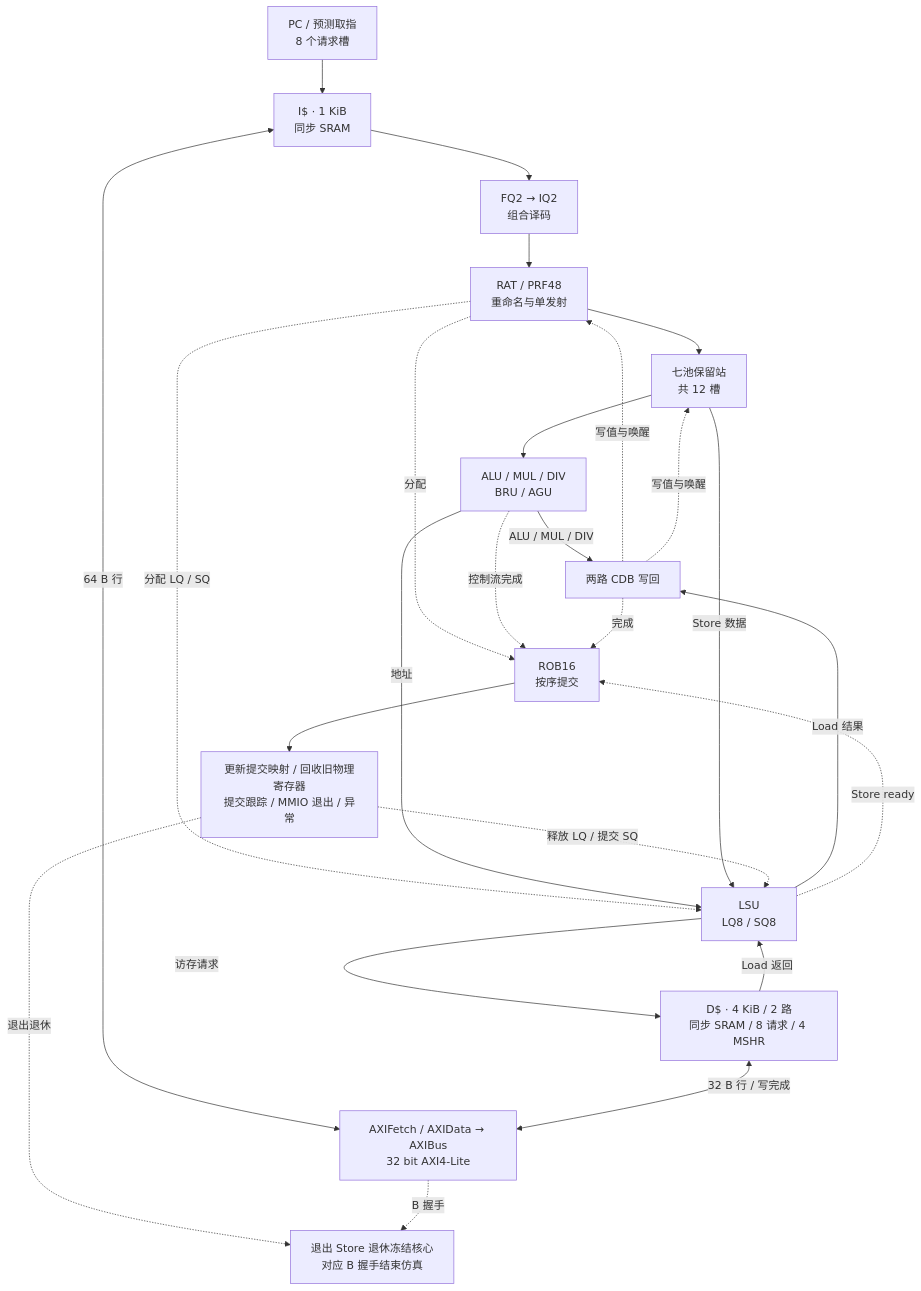
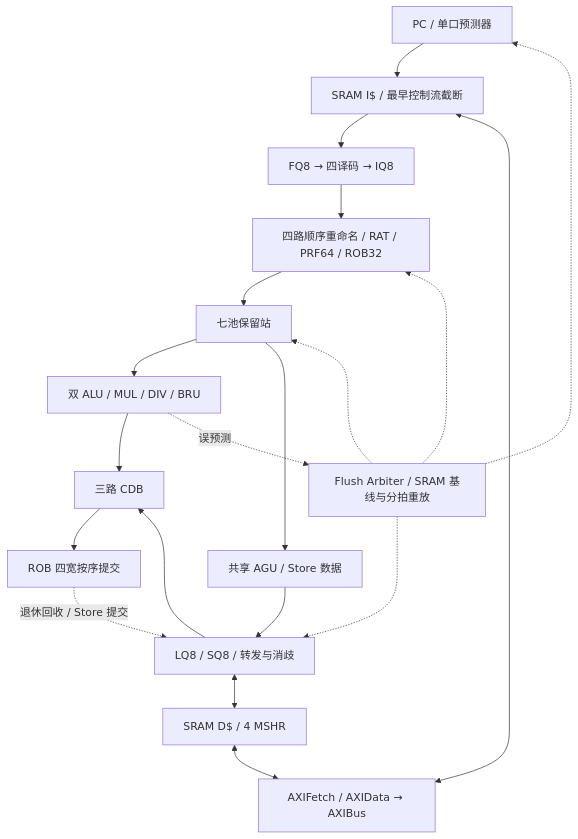
The diagram in README.md (CPU-2026/RISC-V-CPU-2026), drawn with Mermaid before and after one commit. The commit also changed other lines of this file and 104 other files, not shown here.

````diff
--- a/README.md
+++ b/README.md
@@ -30,35 +20,22 @@
 ```mermaid
 flowchart TB
-    FETCH["PC / 预测取指<br/>8 个请求槽"]
-    IC["I$ · 1 KiB<br/>同步 SRAM"]
-    FRONT["FQ2 → IQ2<br/>组合译码"]
-    ISSUE["RAT / PRF48<br/>重命名与单发射"]
-    RS["七池保留站<br/>共 12 槽"]
-    EXEC["ALU / MUL / DIV<br/>BRU / AGU"]
-    WB["两路 CDB 写回"]
-    ROB["ROB16<br/>按序提交"]
-    COMMIT["更新提交映射 / 回收旧物理寄存器<br/>提交跟踪 / MMIO 退出 / 异常"]
-    LSU["LSU<br/>LQ8 / SQ8"]
-    DC["D$ · 4 KiB / 2 路<br/>同步 SRAM / 8 请求 / 4 MSHR"]
-    MEM["AXIFetch / AXIData → AXIBus<br/>32 bit AXI4-Lite"]
-    DONE["退出 Store 退休冻结核心<br/>对应 B 握手结束仿真"]
-    FETCH --> IC --> FRONT --> ISSUE --> RS --> EXEC
-    ISSUE -.->|分配| ROB
-    ISSUE -.->|分配 LQ / SQ| LSU
-    EXEC -->|ALU / MUL / DIV| WB
-    EXEC -->|地址| LSU
-    RS -->|Store 数据| LSU
-    EXEC -.->|控制流完成| ROB
-    LSU -->|Load 结果| WB
-    WB -.->|完成| ROB
-    WB -.->|写值与唤醒| ISSUE & RS
-    LSU -.->|Store ready| ROB
-    ROB --> COMMIT
-    COMMIT -.->|释放 LQ / 提交 SQ| LSU
-    LSU -->|访存请求| DC
-    DC -->|Load 返回| LSU
-    IC <-->|64 B 行| MEM
-    DC <-->|32 B 行 / 写完成| MEM
-    COMMIT -.->|退出退休| DONE
-    MEM -.->|B 握手| DONE
+    F["PC / 单口预测器"] --> IC["SRAM I$ / 最早控制流截断"]
+    IC --> Q["FQ8 → 四译码 → IQ8"]
+    Q --> R["四路顺序重命名 / RAT / PRF64 / ROB32"]
+    R --> RS["七池保留站"]
+    RS --> E["双 ALU / MUL / DIV / BRU"]
+    RS --> A["共享 AGU / Store 数据"]
+    A --> L["LQ8 / SQ8 / 转发与消歧"]
+    E --> W["三路 CDB"]
+    L --> W
+    W --> C["ROB 四宽按序提交"]
+    C -.->|退休回收 / Store 提交| L
+    L <--> DC["SRAM D$ / 4 MSHR"]
+    IC <--> AXI["AXIFetch / AXIData → AXIBus"]
+    DC <--> AXI
+    E -.->|误预测| FL["Flush Arbiter / SRAM 基线与分拍重放"]
+    FL -.-> F
+    FL -.-> R
+    FL -.-> RS
+    FL -.-> L
 ```
````
